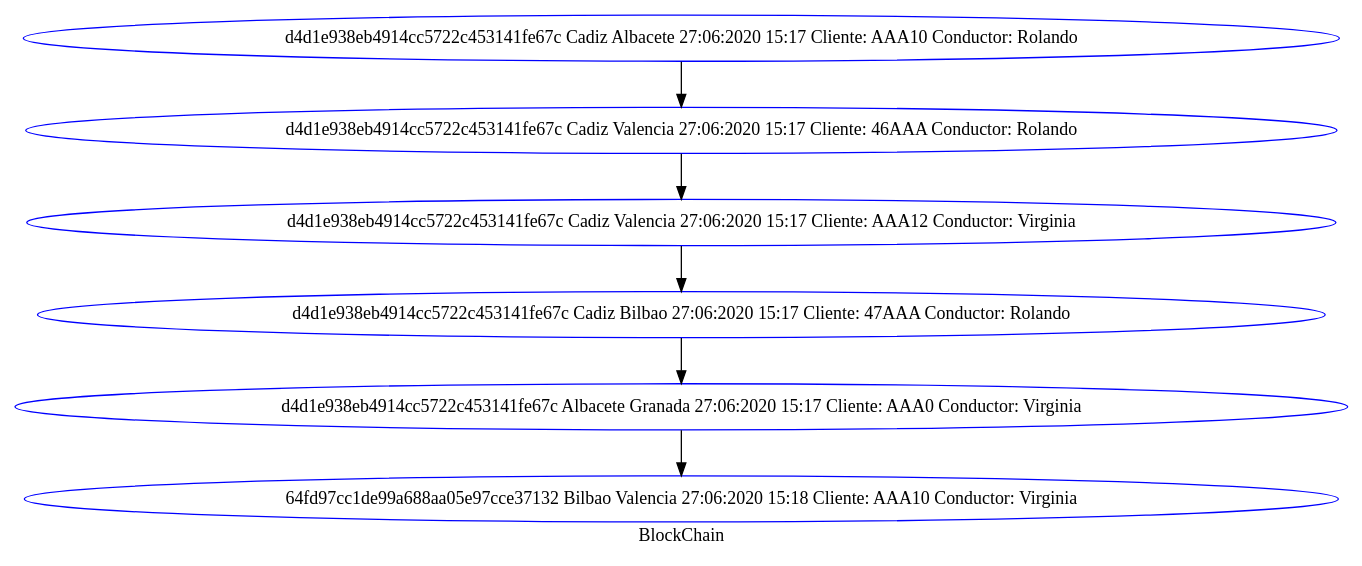
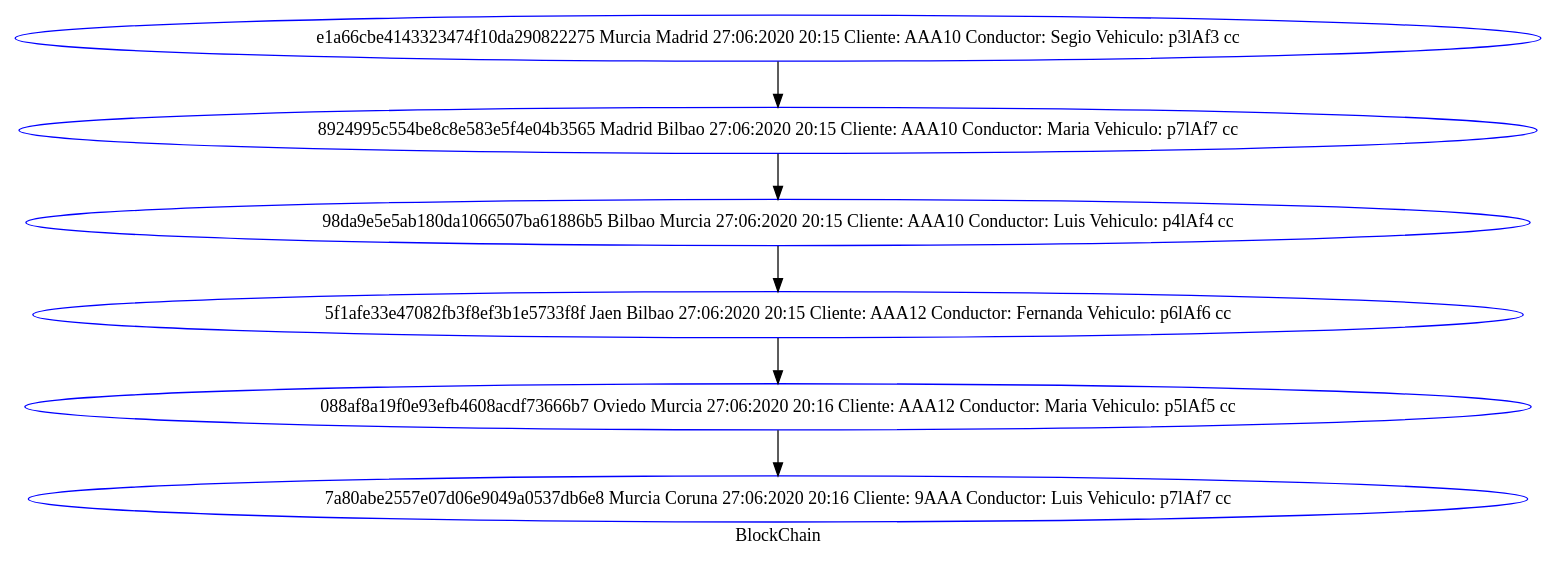
Before and after one commit to Rauqoz/EDD_Proyecto_2: the diagram in blockChain.dot, drawn with Graphviz. The commit also changed 68 other files, not shown here.

```diff
--- a/blockChain.dot
+++ b/blockChain.dot
@@ -1,2 +1,2 @@
 digraph G { 
-node [style=circle, color = blue];"d4d1e938eb4914cc5722c453141fe67c Cadiz Albacete 27:06:2020 15:17 Cliente: AAA10 Conductor: Rolando" ->"d4d1e938eb4914cc5722c453141fe67c Cadiz Valencia 27:06:2020 15:17 Cliente: 46AAA Conductor: Rolando" ->"d4d1e938eb4914cc5722c453141fe67c Cadiz Valencia 27:06:2020 15:17 Cliente: AAA12 Conductor: Virginia" ->"d4d1e938eb4914cc5722c453141fe67c Cadiz Bilbao 27:06:2020 15:17 Cliente: 47AAA Conductor: Rolando" ->"d4d1e938eb4914cc5722c453141fe67c Albacete Granada 27:06:2020 15:17 Cliente: AAA0 Conductor: Virginia" ->"64fd97cc1de99a688aa05e97cce37132 Bilbao Valencia 27:06:2020 15:18 Cliente: AAA10 Conductor: Virginia"; label = "BlockChain";} 
+node [style=circle, color = blue];"e1a66cbe4143323474f10da290822275 Murcia Madrid 27:06:2020 20:15 Cliente: AAA10 Conductor: Segio Vehiculo: p3lAf3 cc" ->"8924995c554be8c8e583e5f4e04b3565 Madrid Bilbao 27:06:2020 20:15 Cliente: AAA10 Conductor: Maria Vehiculo: p7lAf7 cc" ->"98da9e5e5ab180da1066507ba61886b5 Bilbao Murcia 27:06:2020 20:15 Cliente: AAA10 Conductor: Luis Vehiculo: p4lAf4 cc" ->"5f1afe33e47082fb3f8ef3b1e5733f8f Jaen Bilbao 27:06:2020 20:15 Cliente: AAA12 Conductor: Fernanda Vehiculo: p6lAf6 cc" ->"088af8a19f0e93efb4608acdf73666b7 Oviedo Murcia 27:06:2020 20:16 Cliente: AAA12 Conductor: Maria Vehiculo: p5lAf5 cc" ->"7a80abe2557e07d06e9049a0537db6e8 Murcia Coruna 27:06:2020 20:16 Cliente: 9AAA Conductor: Luis Vehiculo: p7lAf7 cc"; label = "BlockChain";} 
```
